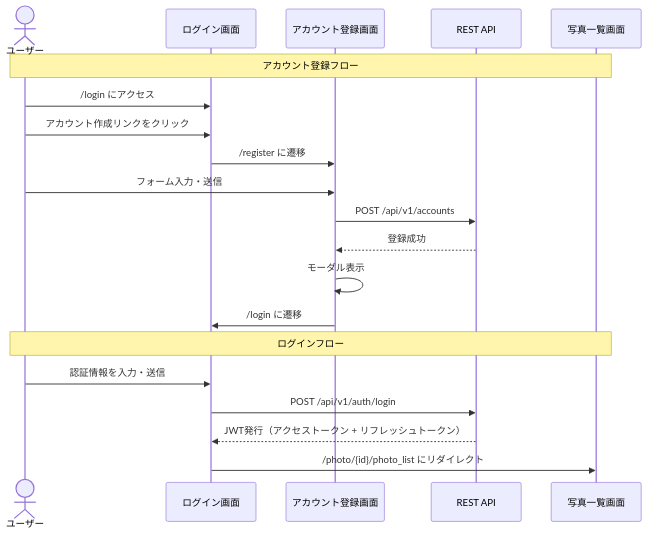
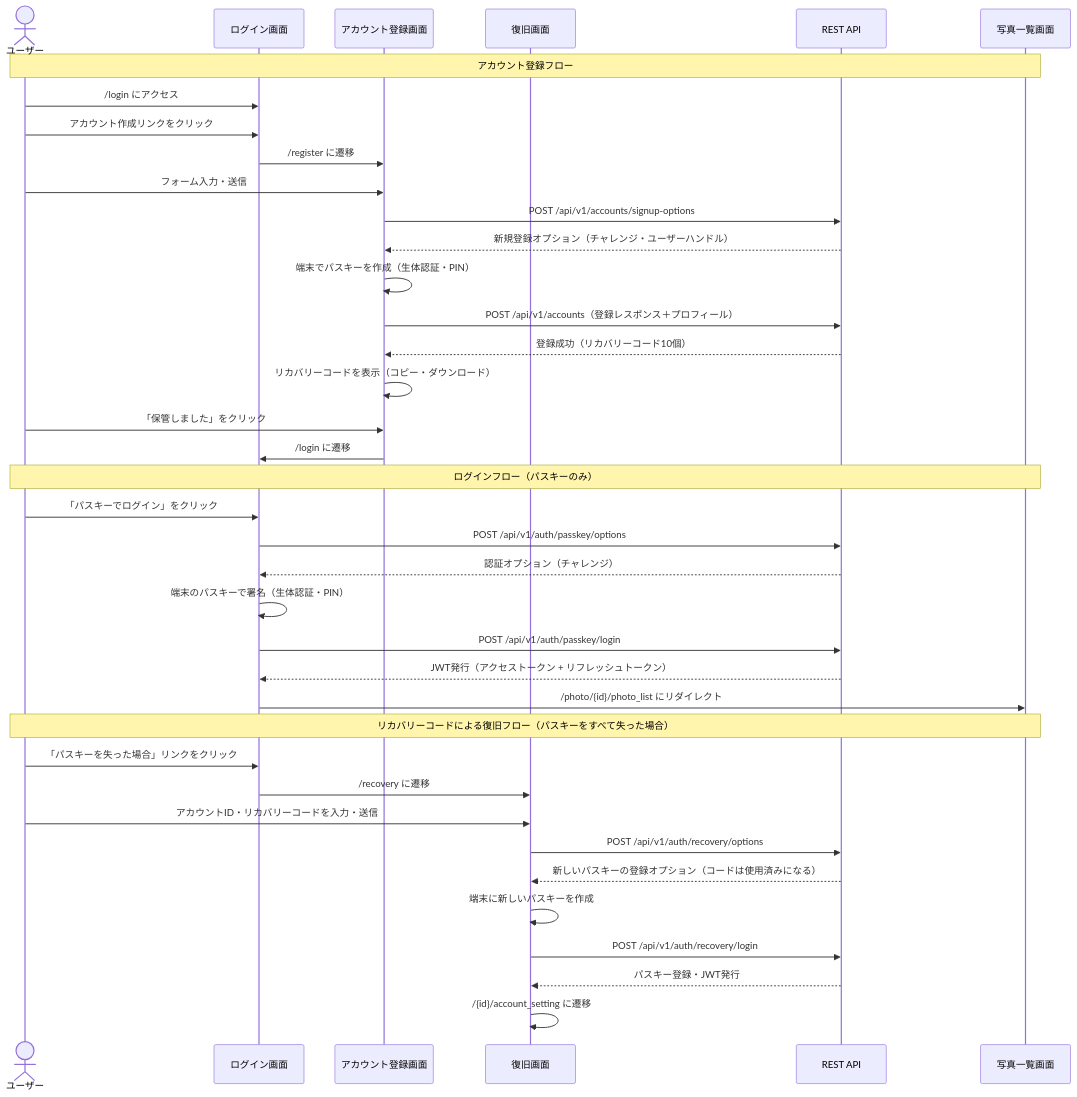
Before and after one commit to KentoKodama214/WebGallery: the third of 12 diagrams in doc/view/screen-transition.md, drawn with Mermaid. The commit also changed other lines of this file and 267 other files, not shown here.

````diff
--- a/doc/view/screen-transition.md
+++ b/doc/view/screen-transition.md
@@ -147,24 +150,43 @@
 ```mermaid
 sequenceDiagram
     actor User as ユーザー
     participant Login as ログイン画面
     participant Register as アカウント登録画面
+    participant Recovery as 復旧画面
     participant API as REST API
     participant PhotoList as 写真一覧画面
 
     Note over User, PhotoList: アカウント登録フロー
     User->>Login: /login にアクセス
     User->>Login: アカウント作成リンクをクリック
     Login->>Register: /register に遷移
     User->>Register: フォーム入力・送信
-    Register->>API: POST /api/v1/accounts
-    API-->>Register: 登録成功
-    Register->>Register: モーダル表示
+    Register->>API: POST /api/v1/accounts/signup-options
+    API-->>Register: 新規登録オプション（チャレンジ・ユーザーハンドル）
+    Register->>Register: 端末でパスキーを作成（生体認証・PIN）
+    Register->>API: POST /api/v1/accounts（登録レスポンス＋プロフィール）
+    API-->>Register: 登録成功（リカバリーコード10個）
+    Register->>Register: リカバリーコードを表示（コピー・ダウンロード）
+    User->>Register: 「保管しました」をクリック
     Register->>Login: /login に遷移
 
-    Note over User, PhotoList: ログインフロー
-    User->>Login: 認証情報を入力・送信
-    Login->>API: POST /api/v1/auth/login
+    Note over User, PhotoList: ログインフロー（パスキーのみ）
+    User->>Login: 「パスキーでログイン」をクリック
+    Login->>API: POST /api/v1/auth/passkey/options
+    API-->>Login: 認証オプション（チャレンジ）
+    Login->>Login: 端末のパスキーで署名（生体認証・PIN）
+    Login->>API: POST /api/v1/auth/passkey/login
     API-->>Login: JWT発行（アクセストークン + リフレッシュトークン）
     Login->>PhotoList: /photo/{id}/photo_list にリダイレクト
+
+    Note over User, PhotoList: リカバリーコードによる復旧フロー（パスキーをすべて失った場合）
+    User->>Login: 「パスキーを失った場合」リンクをクリック
+    Login->>Recovery: /recovery に遷移
+    User->>Recovery: アカウントID・リカバリーコードを入力・送信
+    Recovery->>API: POST /api/v1/auth/recovery/options
+    API-->>Recovery: 新しいパスキーの登録オプション（コードは使用済みになる）
+    Recovery->>Recovery: 端末に新しいパスキーを作成
+    Recovery->>API: POST /api/v1/auth/recovery/login
+    API-->>Recovery: パスキー登録・JWT発行
+    Recovery->>Recovery: /{id}/account_setting に遷移
 ```
````
